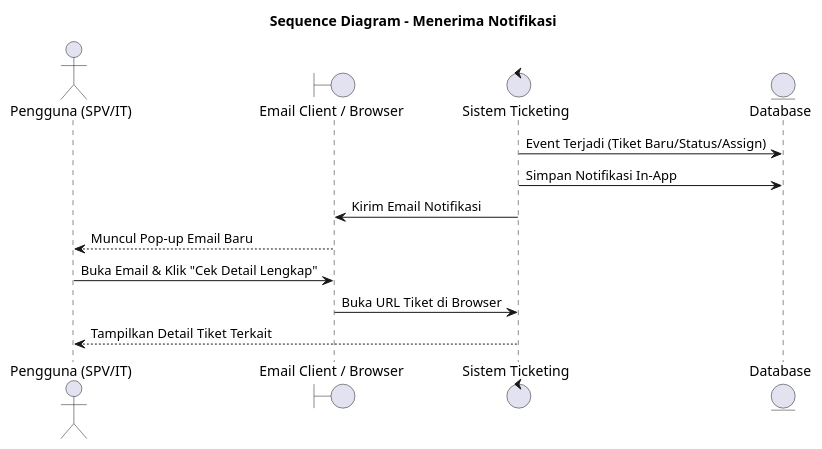
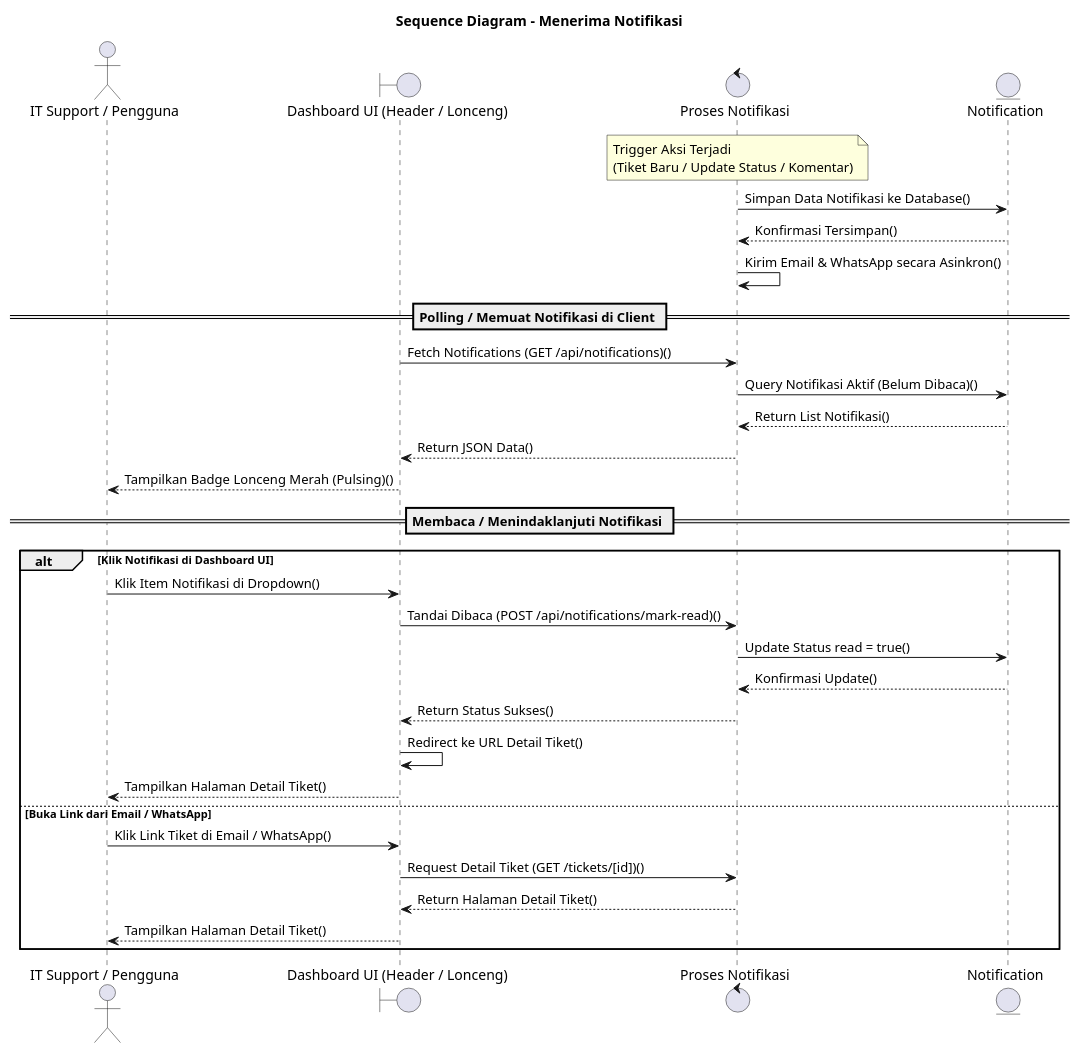
One commit to mrahmatfadila/bissmillah-skripsi-web changed diagram 12 of 15 in docs/sequence-diagrams.puml. Above: the diagram before and after it, drawn with PlantUML. The commit also changed 62 other files, not shown here.

Commit message:
Update database and seeds with real Terminal 2 & 3 supervisor data and sync other project files

```diff
--- a/docs/sequence-diagrams.puml
+++ b/docs/sequence-diagrams.puml
@@ -194,15 +194,36 @@
 @startuml seq_terima_notifikasi
 title Sequence Diagram - Menerima Notifikasi
-actor "Pengguna (SPV/IT)" as User
-boundary "Email Client / Browser" as Client
-control "Sistem Ticketing" as System
-entity "Database" as DB
+actor "IT Support / Pengguna" as User
+boundary "Dashboard UI (Header / Lonceng)" as UI
+control "Proses Notifikasi" as Proses
+entity "Notification" as Notification
 
-System -> DB: Event Terjadi (Tiket Baru/Status/Assign)
-System -> DB: Simpan Notifikasi In-App
-System -> Client: Kirim Email Notifikasi
-Client --> User: Muncul Pop-up Email Baru
-User -> Client: Buka Email & Klik "Cek Detail Lengkap"
-Client -> System: Buka URL Tiket di Browser
-System --> User: Tampilkan Detail Tiket Terkait
+Note over Proses: Trigger Aksi Terjadi\n(Tiket Baru / Update Status / Komentar)
+
+Proses -> Notification: Simpan Data Notifikasi ke Database()
+Notification --> Proses: Konfirmasi Tersimpan()
+Proses -> Proses: Kirim Email & WhatsApp secara Asinkron()
+
+== Polling / Memuat Notifikasi di Client ==
+UI -> Proses: Fetch Notifications (GET /api/notifications)()
+Proses -> Notification: Query Notifikasi Aktif (Belum Dibaca)()
+Notification --> Proses: Return List Notifikasi()
+Proses --> UI: Return JSON Data()
+UI --> User: Tampilkan Badge Lonceng Merah (Pulsing)()
+
+== Membaca / Menindaklanjuti Notifikasi ==
+alt Klik Notifikasi di Dashboard UI
+  User -> UI: Klik Item Notifikasi di Dropdown()
+  UI -> Proses: Tandai Dibaca (POST /api/notifications/mark-read)()
+  Proses -> Notification: Update Status read = true()
+  Notification --> Proses: Konfirmasi Update()
+  Proses --> UI: Return Status Sukses()
+  UI -> UI: Redirect ke URL Detail Tiket()
+  UI --> User: Tampilkan Halaman Detail Tiket()
+else Buka Link dari Email / WhatsApp
+  User -> UI: Klik Link Tiket di Email / WhatsApp()
+  UI -> Proses: Request Detail Tiket (GET /tickets/[id])()
+  Proses --> UI: Return Halaman Detail Tiket()
+  UI --> User: Tampilkan Halaman Detail Tiket()
+end
 @enduml
```
